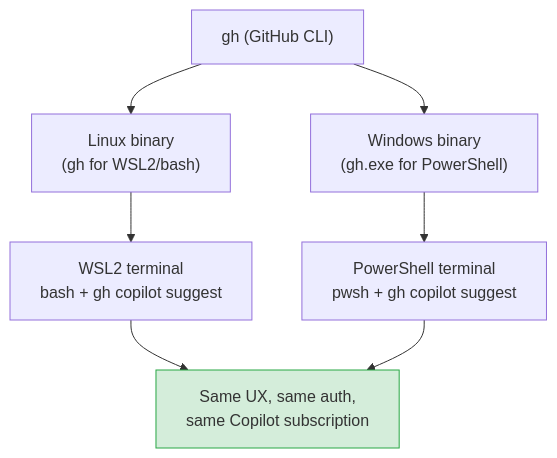
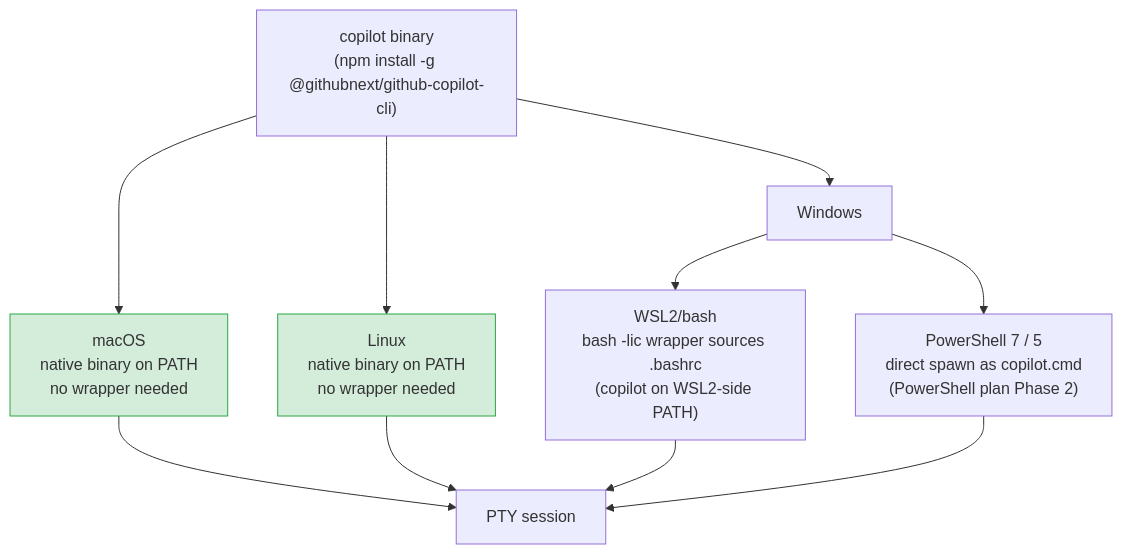
Before and after one commit to mikecubed/parallel-code: the second of 5 diagrams in docs/plans/2026-03-01-copilot-cli-agent-plan.md, drawn with Mermaid. The commit also changed other lines of this file, not shown here.

Commit message:
docs: update Copilot CLI plan to use standalone copilot binary and cover Linux/macOS

````diff
--- a/docs/plans/2026-03-01-copilot-cli-agent-plan.md
+++ b/docs/plans/2026-03-01-copilot-cli-agent-plan.md
@@ -60,15 +61,19 @@
 ```mermaid
 flowchart TD
-    GH["gh (GitHub CLI)"]
+    Copilot["copilot binary\n(npm install -g @githubnext/github-copilot-cli)"]
 
-    GH --> Linux["Linux binary\n(gh for WSL2/bash)"]
-    GH --> Win["Windows binary\n(gh.exe for PowerShell)"]
+    Copilot --> Mac["macOS\nnative binary on PATH\nno wrapper needed"]
+    Copilot --> Linux["Linux\nnative binary on PATH\nno wrapper needed"]
+    Copilot --> Win["Windows"]
 
-    Linux --> WSL2Agent["WSL2 terminal\nbash + gh copilot suggest"]
-    Win --> PSAgent["PowerShell terminal\npwsh + gh copilot suggest"]
+    Win --> WSL2["WSL2/bash\nbash -lic wrapper sources .bashrc\n(copilot on WSL2-side PATH)"]
+    Win --> PS["PowerShell 7 / 5\ndirect spawn as copilot.cmd\n(PowerShell plan Phase 2)"]
 
-    WSL2Agent --> Same["Same UX, same auth,\nsame Copilot subscription"]
-    PSAgent --> Same
+    Mac --> PTY[PTY session]
+    Linux --> PTY
+    WSL2 --> PTY
+    PS --> PTY
 
-    style Same fill:#d4edda,stroke:#28a745
+    style Mac fill:#d4edda,stroke:#28a745
+    style Linux fill:#d4edda,stroke:#28a745
 ```
````
